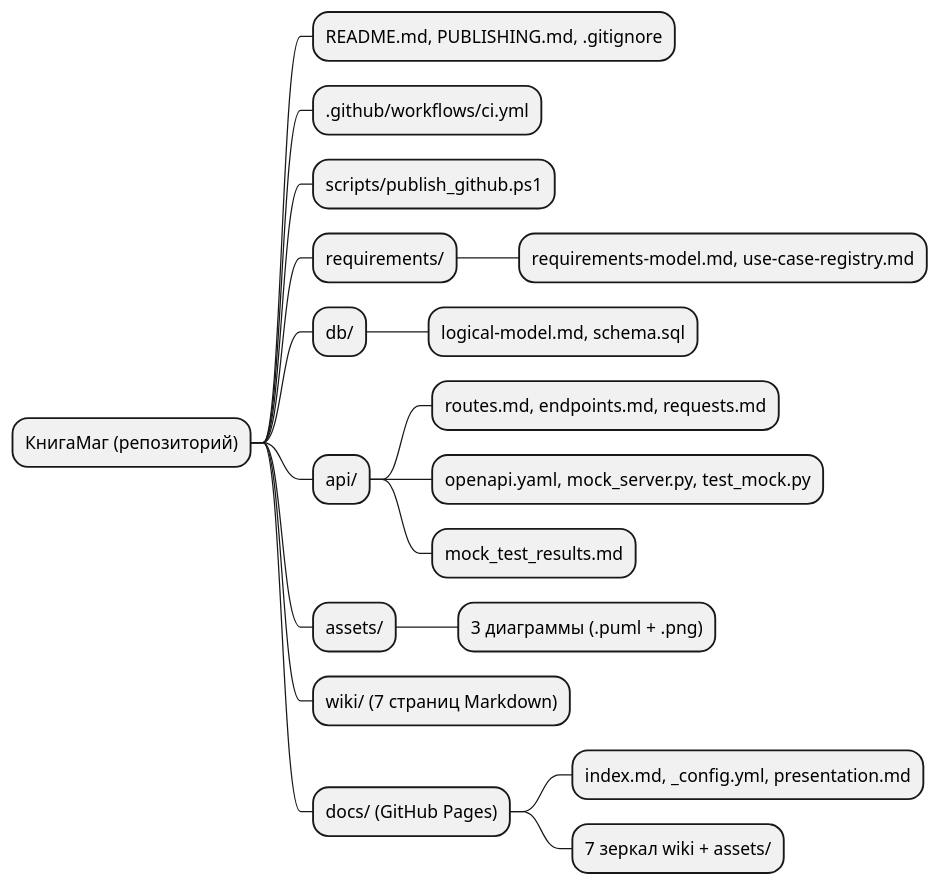
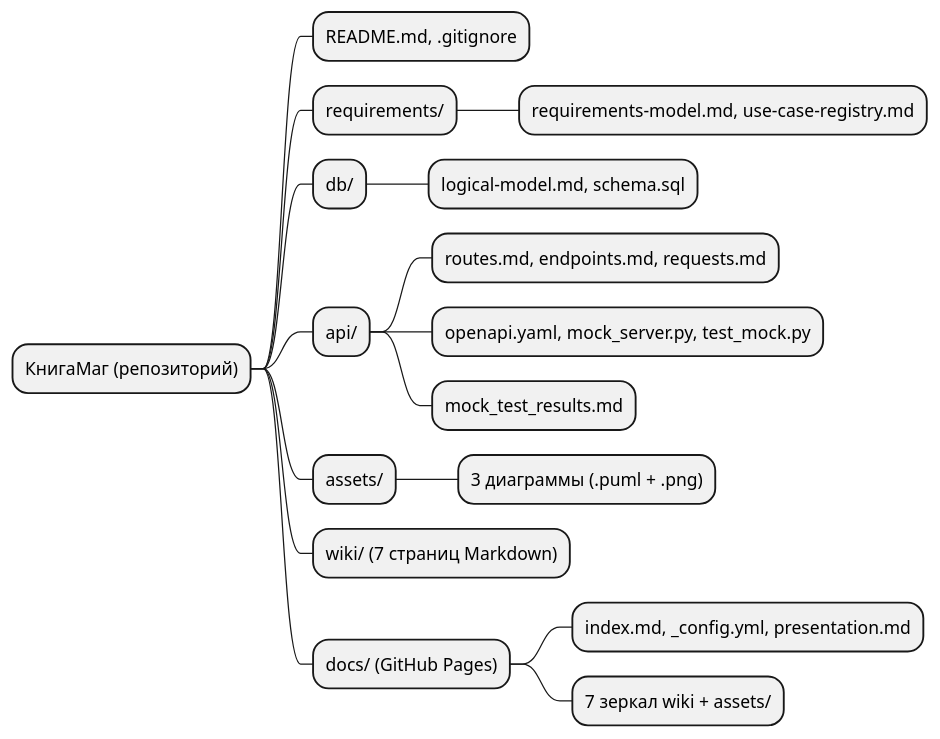
One commit to ZAFSNB/knigamag-lab4 changed the diagram in assets/application_files.puml. Above: the diagram before and after it, drawn with PlantUML. The commit also changed 8 other files, not shown here.

Commit message:
Keep only lab deliverables: remove publishing scripts, guide and CI config

```diff
--- a/assets/application_files.puml
+++ b/assets/application_files.puml
@@ -1,20 +1,18 @@
 @startmindmap
 * КнигаМаг (репозиторий)
-** README.md, PUBLISHING.md, .gitignore
-** .github/workflows/ci.yml
-** scripts/publish_github.ps1
+** README.md, .gitignore
 ** requirements/
 *** requirements-model.md, use-case-registry.md
 ** db/
 *** logical-model.md, schema.sql
 ** api/
 *** routes.md, endpoints.md, requests.md
 *** openapi.yaml, mock_server.py, test_mock.py
 *** mock_test_results.md
 ** assets/
 *** 3 диаграммы (.puml + .png)
 ** wiki/ (7 страниц Markdown)
 ** docs/ (GitHub Pages)
 *** index.md, _config.yml, presentation.md
 *** 7 зеркал wiki + assets/
 @endmindmap
```
